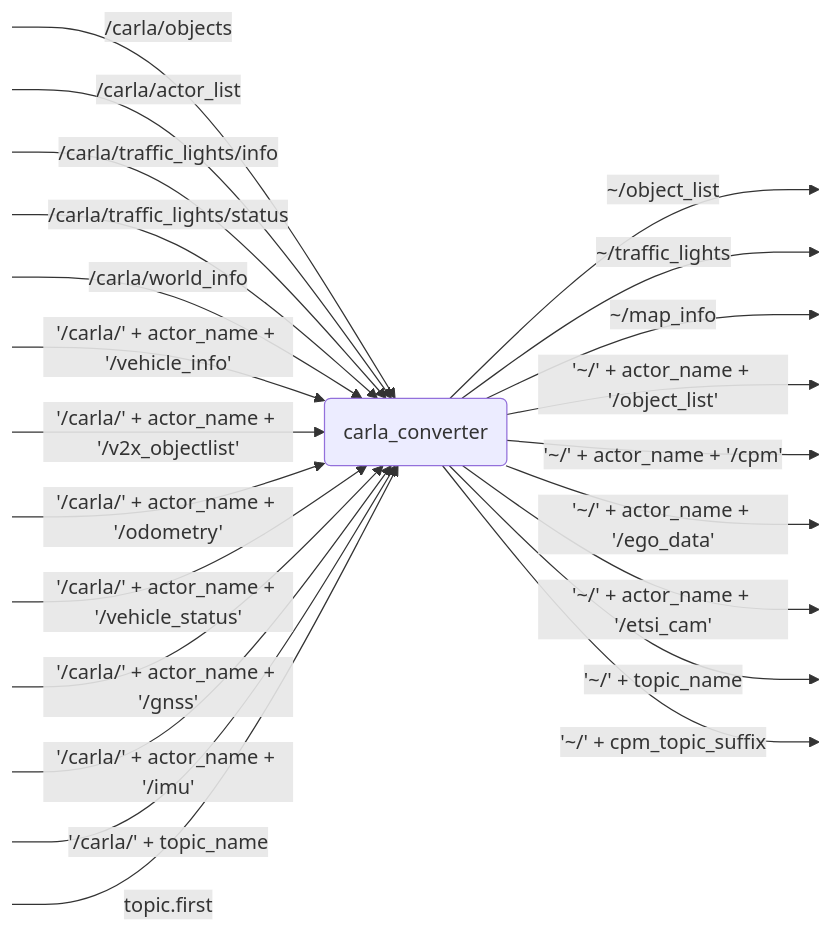
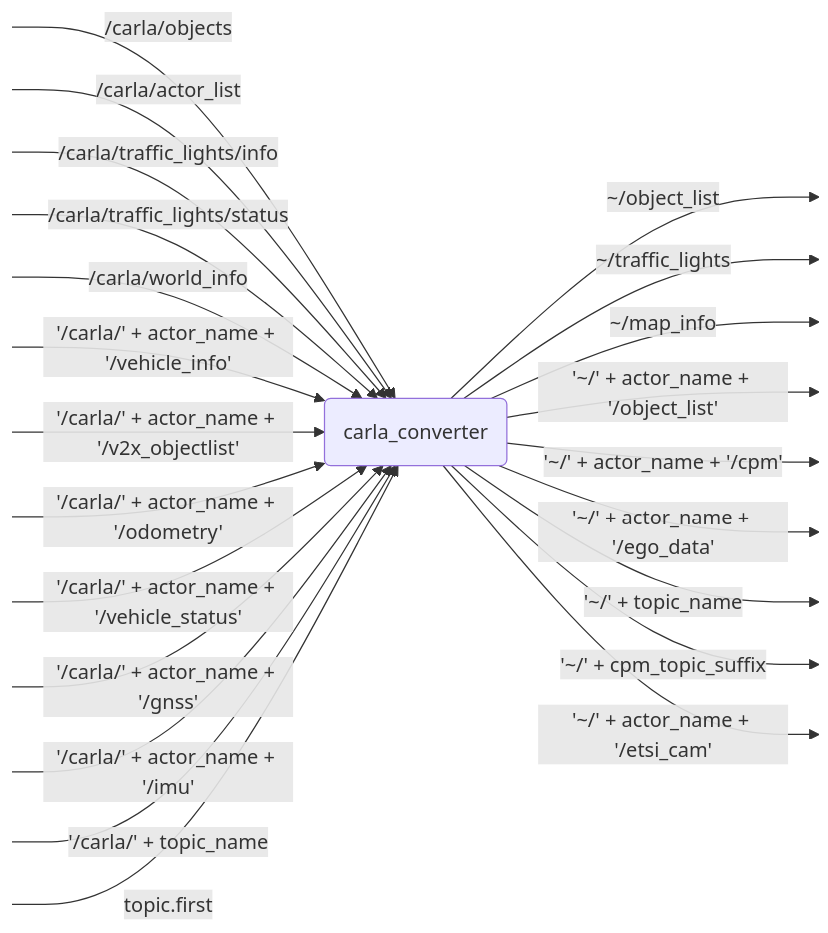
The diagram in carla_converter/README.md (openads-project/carla_converter), drawn with Mermaid before and after one commit. The commit also changed other lines of this file and 3 other files, not shown here.

````diff
--- a/carla_converter/README.md
+++ b/carla_converter/README.md
@@ -9,27 +9,27 @@
 ```mermaid
 flowchart LR
     NODE("carla_converter")
     S0:::hidden -->|/carla/objects| NODE
     S1:::hidden -->|/carla/actor_list| NODE
     S2:::hidden -->|/carla/traffic_lights/info| NODE
     S3:::hidden -->|/carla/traffic_lights/status| NODE
     S4:::hidden -->|/carla/world_info| NODE
     S5:::hidden -->|'/carla/' + actor_name + '/vehicle_info'| NODE
     S6:::hidden -->|'/carla/' + actor_name + '/v2x_objectlist'| NODE
     S7:::hidden -->|'/carla/' + actor_name + '/odometry'| NODE
     S8:::hidden -->|'/carla/' + actor_name + '/vehicle_status'| NODE
     S9:::hidden -->|'/carla/' + actor_name + '/gnss'| NODE
     S10:::hidden -->|'/carla/' + actor_name + '/imu'| NODE
     S11:::hidden -->|'/carla/' + topic_name| NODE
     S12:::hidden -->|topic.first| NODE
     NODE -->|~/object_list| P0:::hidden
     NODE -->|~/traffic_lights| P1:::hidden
     NODE -->|~/map_info| P2:::hidden
     NODE -->|'~/' + actor_name + '/object_list'| P3:::hidden
     NODE -->|'~/' + actor_name + '/cpm'| P4:::hidden
     NODE -->|'~/' + actor_name + '/ego_data'| P5:::hidden
-    NODE -->|'~/' + actor_name + '/etsi_cam'| P6:::hidden
-    NODE -->|'~/' + topic_name| P7:::hidden
-    NODE -->|'~/' + cpm_topic_suffix| P8:::hidden
+    NODE -->|'~/' + topic_name| P6:::hidden
+    NODE -->|'~/' + cpm_topic_suffix| P7:::hidden
+    NODE -->|'~/' + actor_name + '/etsi_cam'| P8:::hidden
     classDef hidden display: none;
 ```
````
